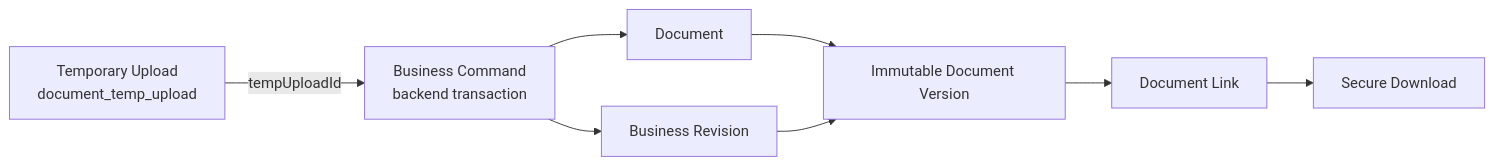
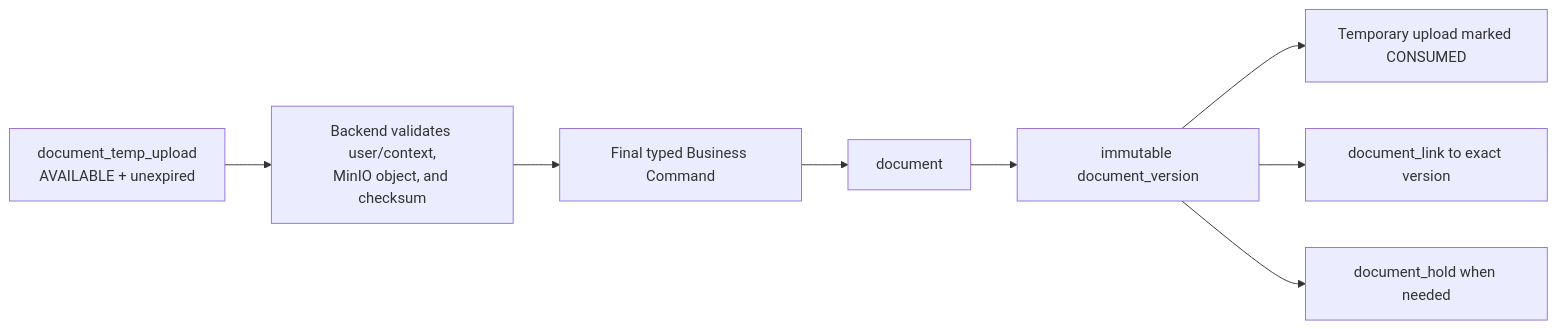
One commit to cheshmapoosh/digiaudit-grcpc changed the third of 3 diagrams in grcpc-docs/master-data/dependency-map.md. Above: the diagram before and after it, drawn with Mermaid. The commit also changed other lines of this file and 7 other files, not shown here.

````diff
--- a/grcpc-docs/master-data/dependency-map.md
+++ b/grcpc-docs/master-data/dependency-map.md
@@ -212,18 +246,18 @@
 ```mermaid
 flowchart LR
-  TU[Temporary Upload\ndocument_temp_upload]
-  BC[Business Command\nbackend transaction]
-  BR[Business Revision]
-  D[Document]
-  DV[Immutable Document Version]
-  DL[Document Link]
-  SD[Secure Download]
+    Upload[document_temp_upload<br/>AVAILABLE + unexpired]
+    Verify[Backend validates user/context,<br/>MinIO object, and checksum]
+    Command[Final typed Business Command]
+    Doc[document]
+    Version[immutable document_version]
+    Consume[Temporary upload marked CONSUMED]
+    Link[document_link to exact version]
+    Hold[document_hold when needed]
 
-  TU -->|tempUploadId| BC
-  BC --> BR
-  BC --> D
-  D --> DV
-  BR --> DV
-  DV --> DL
-  DL --> SD
+    Upload --> Verify --> Command
+    Command --> Doc
+    Doc --> Version
+    Version --> Consume
+    Version --> Link
+    Version --> Hold
 ```
````
